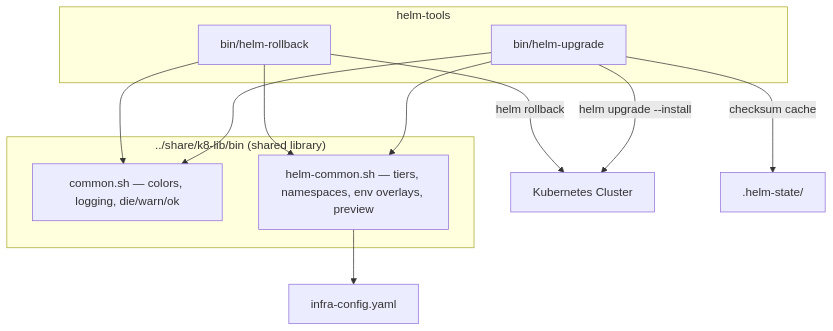
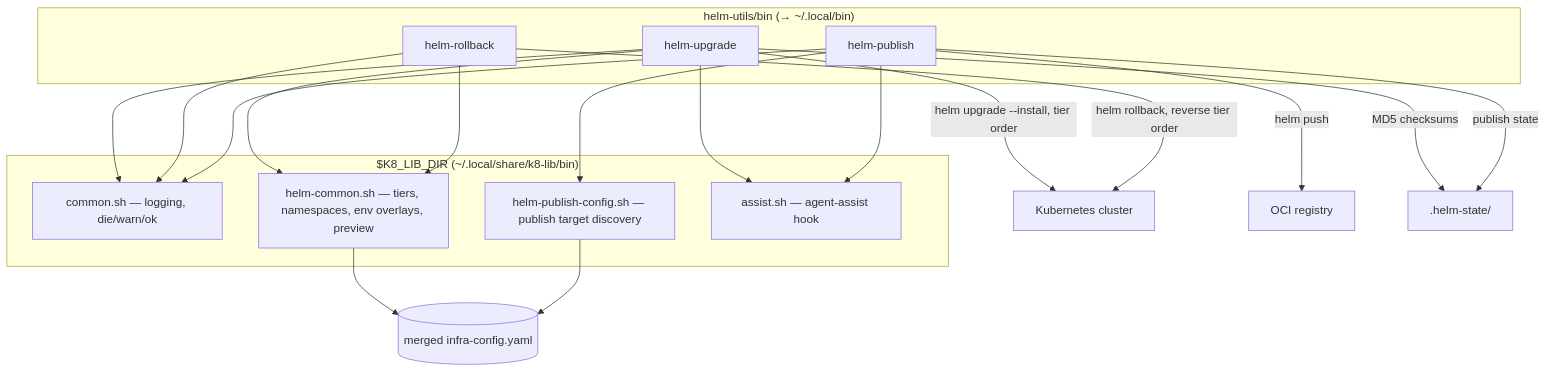
The diagram in docs/PROJ-ARCH.md (the-robot-lives/helm-tools), drawn with Mermaid before and after one commit. The commit also changed other lines of this file and 3 other files, not shown here.

````diff
--- a/docs/PROJ-ARCH.md
+++ b/docs/PROJ-ARCH.md
@@ -9,23 +11,28 @@
 ```mermaid
 graph TB
-    subgraph helm-tools
-        HU[bin/helm-upgrade]
-        HR[bin/helm-rollback]
+    subgraph helm-utils ["helm-utils/bin (→ ~/.local/bin)"]
+        HU[helm-upgrade]
+        HR[helm-rollback]
+        HP[helm-publish]
     end
 
-    subgraph k8-lib ["../share/k8-lib/bin (shared library)"]
-        COM[common.sh — colors, logging, die/warn/ok]
+    subgraph k8lib ["$K8_LIB_DIR (~/.local/share/k8-lib/bin)"]
+        COM[common.sh — logging, die/warn/ok]
         HC[helm-common.sh — tiers, namespaces, env overlays, preview]
+        HPC[helm-publish-config.sh — publish target discovery]
+        AS[assist.sh — agent-assist hook]
     end
 
-    HU --> COM
-    HU --> HC
-    HR --> COM
-    HR --> HC
+    HU --> COM & HC & AS
+    HR --> COM & HC
+    HP --> COM & HPC & AS
 
-    HC --> CFG[infra-config.yaml]
+    HC --> CFG[(merged infra-config.yaml)]
+    HPC --> CFG
 
-    HU -->|helm upgrade --install| K8[Kubernetes Cluster]
-    HR -->|helm rollback| K8
-    HU -->|checksum cache| STATE[.helm-state/]
+    HU -->|helm upgrade --install, tier order| K8[Kubernetes cluster]
+    HR -->|helm rollback, reverse tier order| K8
+    HP -->|helm push| OCI[OCI registry]
+    HU -->|MD5 checksums| STATE[.helm-state/]
+    HP -->|publish state| STATE
 ```
````
